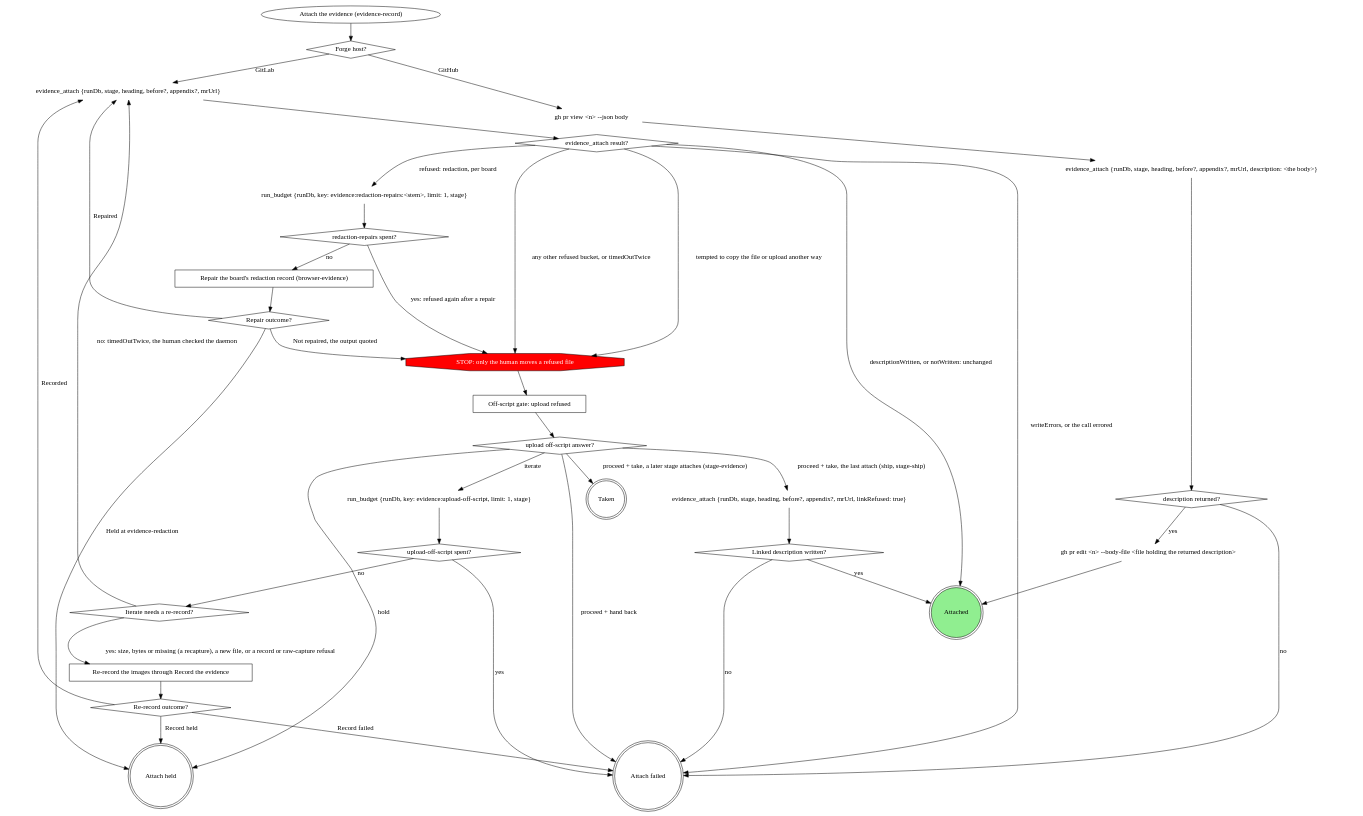
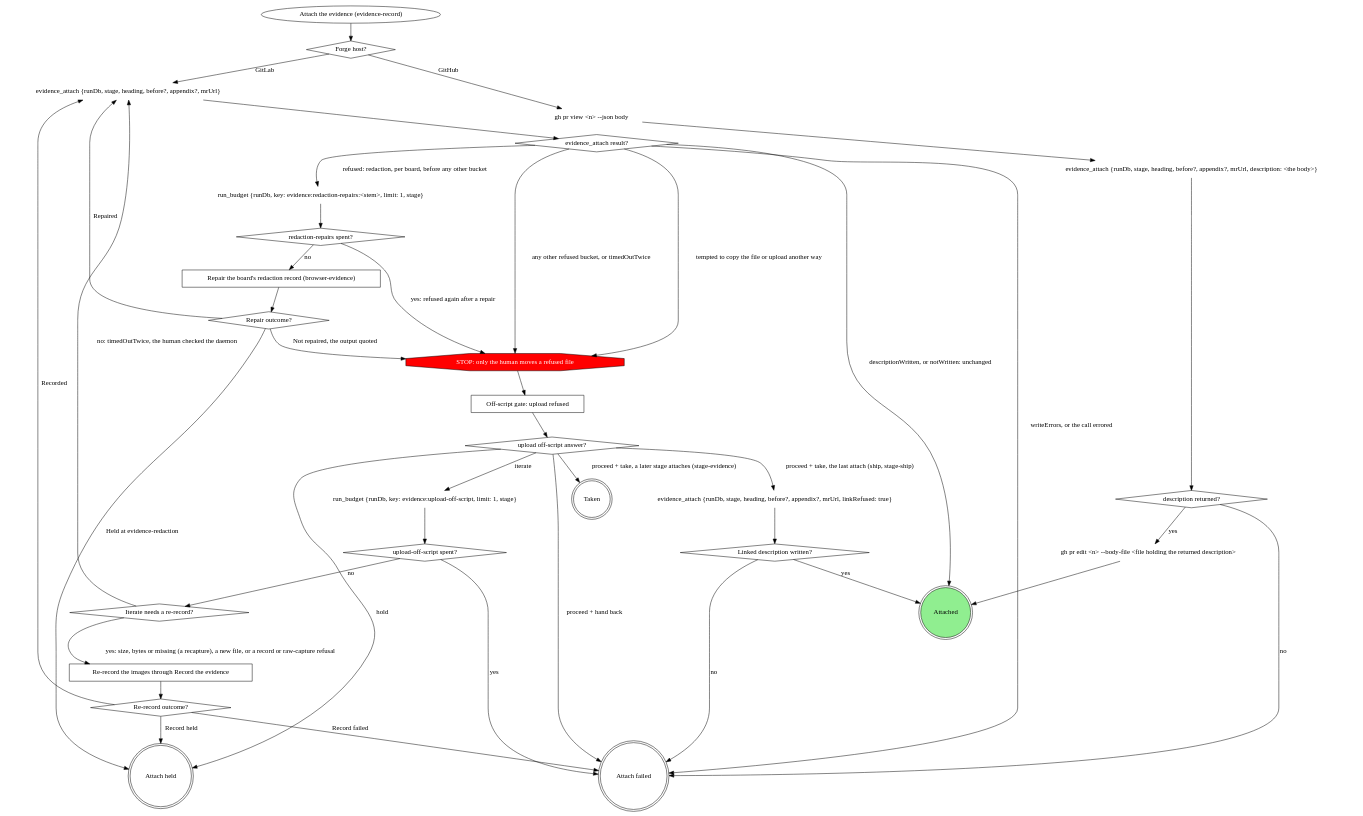
One commit to m4ttstack/mattstack changed the third of 3 diagrams in plugins/mattstack/attachments/evidence-record/SKILL.md. Above: the diagram before and after it, drawn with Graphviz. The commit also changed other lines of this file and 7 other files, not shown here.

````diff
--- a/plugins/mattstack/attachments/evidence-record/SKILL.md
+++ b/plugins/mattstack/attachments/evidence-record/SKILL.md
@@ -176,68 +176,68 @@
 ```dot
 digraph attach_evidence {
     attach_evidence [label="Attach the evidence (evidence-record)" shape=ellipse];
     forge_host [label="Forge host?" shape=diamond];
     evidence_attach [label="evidence_attach {runDb, stage, heading, before?, appendix?, mrUrl}" shape=plaintext];
     attach_result [label="evidence_attach result?" shape=diamond];
     stop_move_refused_file [label="STOP: only the human moves a refused file" shape=octagon style=filled fillcolor=red fontcolor=white];
     gate_upload_refused [label="Off-script gate: upload refused" shape=box];
     upload_answer [label="upload off-script answer?" shape=diamond];
     evidence_attach_link [label="evidence_attach {runDb, stage, heading, before?, appendix?, mrUrl, linkRefused: true}" shape=plaintext];
     link_written [label="Linked description written?" shape=diamond];
     run_budget_upload [label="run_budget {runDb, key: evidence:upload-off-script, limit: 1, stage}" shape=plaintext];
     upload_off_script_spent [label="upload-off-script spent?" shape=diamond];
     needs_rerecord [label="Iterate needs a re-record?" shape=diamond];
     rerecord_images [label="Re-record the images through Record the evidence" shape=box];
     rerecord_outcome [label="Re-record outcome?" shape=diamond];
     run_budget_repair [label="run_budget {runDb, key: evidence:redaction-repairs:<stem>, limit: 1, stage}" shape=plaintext];
     repairs_spent [label="redaction-repairs spent?" shape=diamond];
     repair_board [label="Repair the board's redaction record (browser-evidence)" shape=box];
     repair_outcome [label="Repair outcome?" shape=diamond];
     gh_pr_view [label="gh pr view <n> --json body" shape=plaintext];
     evidence_attach_body [label="evidence_attach {runDb, stage, heading, before?, appendix?, mrUrl, description: <the body>}" shape=plaintext];
     description_returned [label="description returned?" shape=diamond];
     gh_pr_edit [label="gh pr edit <n> --body-file <file holding the returned description>" shape=plaintext];
     attached [label="Attached" shape=doublecircle style=filled fillcolor=lightgreen];
     taken [label="Taken" shape=doublecircle];
     attach_held [label="Attach held" shape=doublecircle];
     attach_failed [label="Attach failed" shape=doublecircle];
 
     attach_evidence -> forge_host;
     forge_host -> evidence_attach [label="GitLab"];
     forge_host -> gh_pr_view [label="GitHub"];
     evidence_attach -> attach_result;
     attach_result -> attached [label="descriptionWritten, or notWritten: unchanged"];
-    attach_result -> run_budget_repair [label="refused: redaction, per board"];
+    attach_result -> run_budget_repair [label="refused: redaction, per board, before any other bucket"];
     attach_result -> stop_move_refused_file [label="any other refused bucket, or timedOutTwice"];
     run_budget_repair -> repairs_spent;
     repairs_spent -> repair_board [label="no"];
     repairs_spent -> stop_move_refused_file [label="yes: refused again after a repair"];
     repair_board -> repair_outcome;
     repair_outcome -> evidence_attach [label="Repaired"];
     repair_outcome -> attach_held [label="Held at evidence-redaction"];
     repair_outcome -> stop_move_refused_file [label="Not repaired, the output quoted"];
     attach_result -> stop_move_refused_file [label="tempted to copy the file or upload another way"];
     attach_result -> attach_failed [label="writeErrors, or the call errored"];
     stop_move_refused_file -> gate_upload_refused -> upload_answer;
     upload_answer -> taken [label="proceed + take, a later stage attaches (stage-evidence)"];
     upload_answer -> evidence_attach_link [label="proceed + take, the last attach (ship, stage-ship)"];
     upload_answer -> attach_failed [label="proceed + hand back"];
     upload_answer -> run_budget_upload [label="iterate"];
     upload_answer -> attach_held [label="hold"];
     evidence_attach_link -> link_written;
     run_budget_upload -> upload_off_script_spent;
     upload_off_script_spent -> needs_rerecord [label="no"];
     needs_rerecord -> rerecord_images [label="yes: size, bytes or missing (a recapture), a new file, or a record or raw-capture refusal"];
     needs_rerecord -> evidence_attach [label="no: timedOutTwice, the human checked the daemon"];
     rerecord_images -> rerecord_outcome;
     rerecord_outcome -> evidence_attach [label="Recorded"];
     rerecord_outcome -> attach_held [label="Record held"];
     rerecord_outcome -> attach_failed [label="Record failed"];
     gh_pr_view -> evidence_attach_body -> description_returned;
     description_returned -> gh_pr_edit [label="yes"];
     gh_pr_edit -> attached;
     link_written -> attached [label="yes"];
     {link_written description_returned} -> attach_failed [label="no"];
     upload_off_script_spent -> attach_failed [label="yes"];
 }
 ```
````
